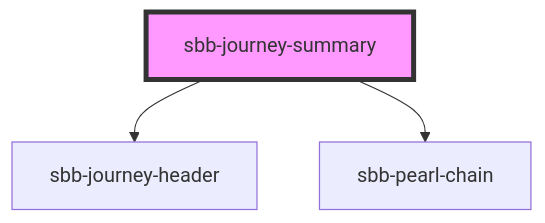
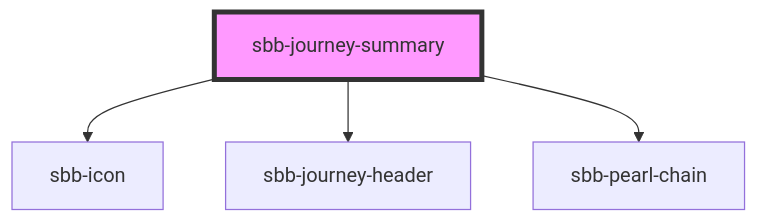
Before and after one commit to sbb-design-systems/lyne-components: the diagram in src/components/sbb-journey-summary/readme.md, drawn with Mermaid. The commit also changed other lines of this file and 8 other files, not shown here.

````diff
--- a/src/components/sbb-journey-summary/readme.md
+++ b/src/components/sbb-journey-summary/readme.md
@@ -23,6 +24,7 @@
 ```mermaid
 graph TD;
+  sbb-journey-summary --> sbb-icon
   sbb-journey-summary --> sbb-journey-header
   sbb-journey-summary --> sbb-pearl-chain
   style sbb-journey-summary fill:#f9f,stroke:#333,stroke-width:4px
 ```
````
